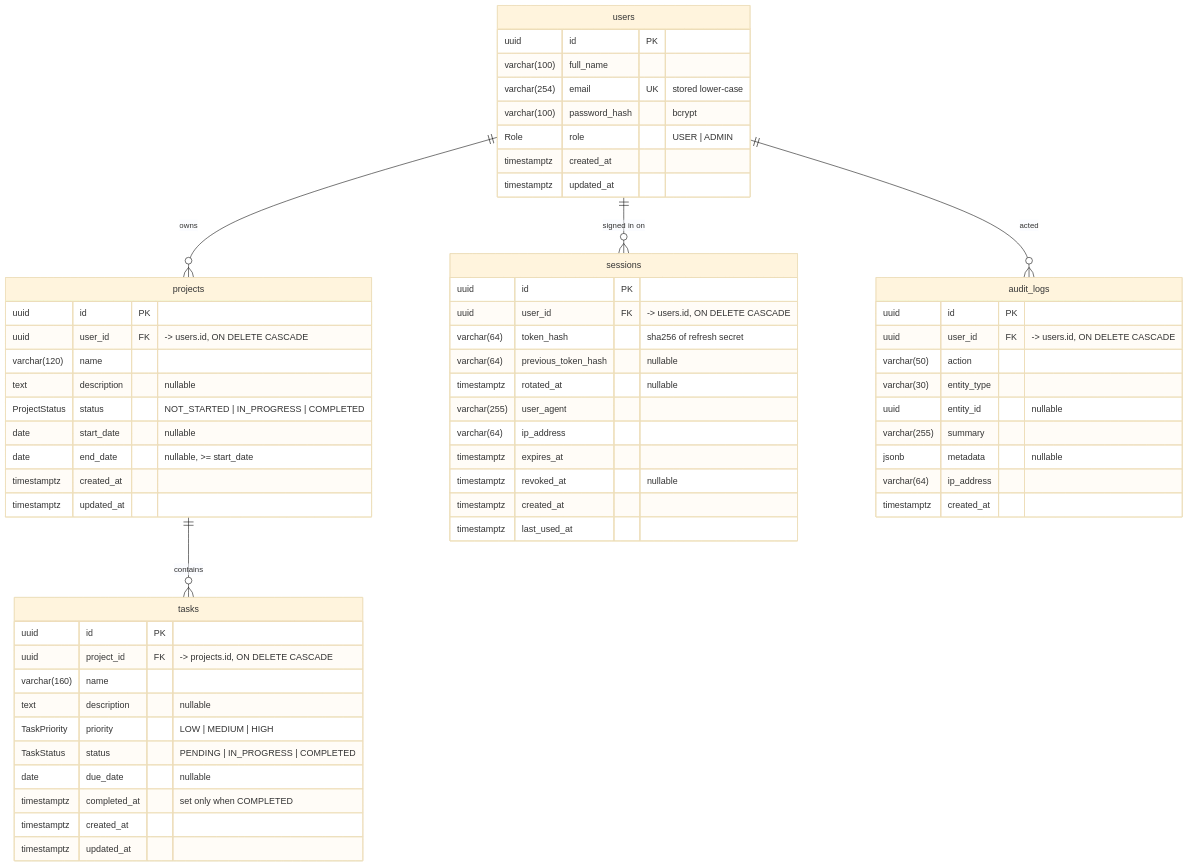
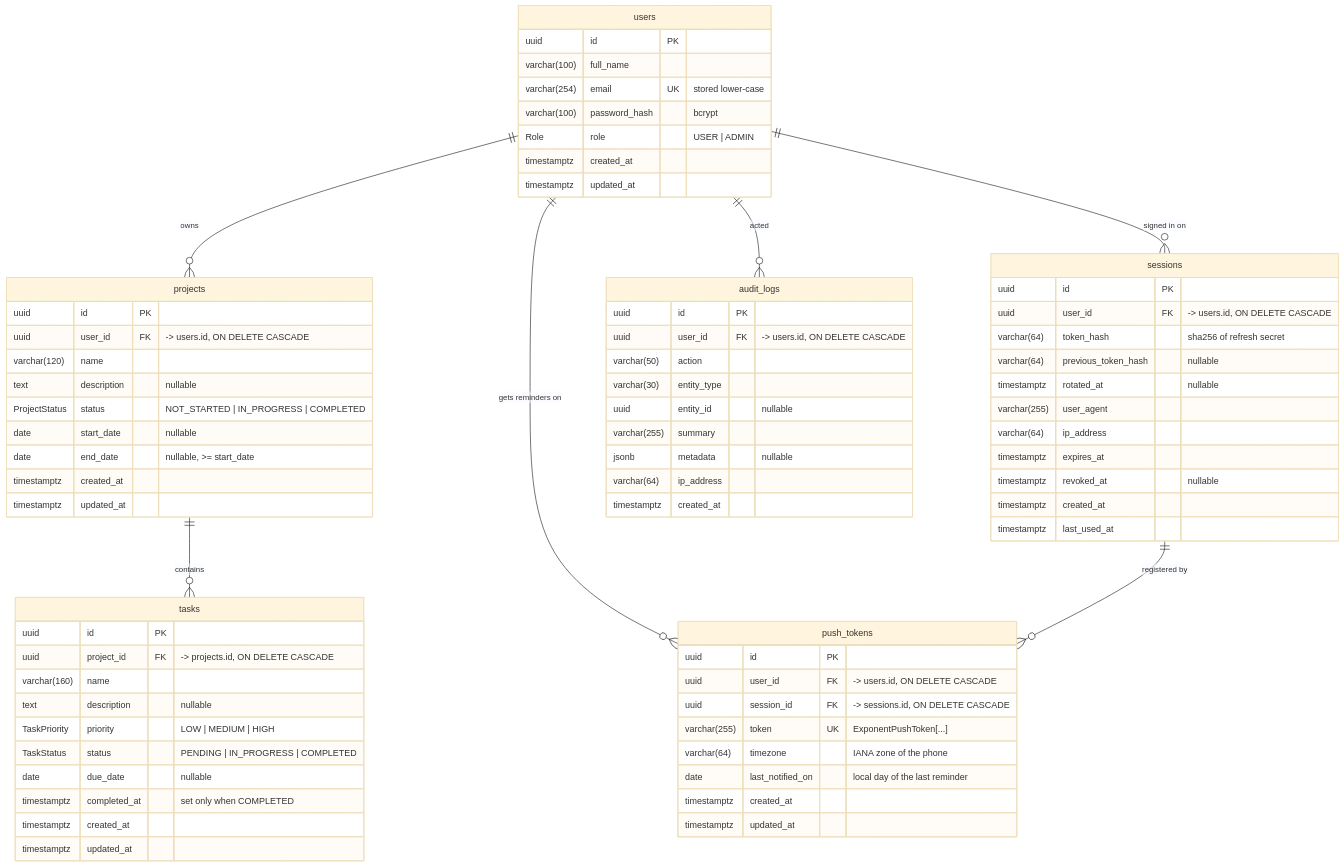
One commit to UtsavMaj/TaskLine changed the diagram in docs/DATABASE.md. Above: the diagram before and after it, drawn with Mermaid (base theme). The commit also changed other lines of this file and 49 other files, not shown here.

Commit message:
Add push reminders, Swagger docs, CD workflows, screenshots, SQL schema

````diff
--- a/docs/DATABASE.md
+++ b/docs/DATABASE.md
@@ -7,68 +9,81 @@
 ```mermaid
 erDiagram
     users ||--o{ projects : owns
     projects ||--o{ tasks : contains
     users ||--o{ sessions : "signed in on"
     users ||--o{ audit_logs : "acted"
+    users ||--o{ push_tokens : "gets reminders on"
+    sessions ||--o{ push_tokens : "registered by"
 
     users {
         uuid id PK
         varchar(100) full_name
         varchar(254) email UK "stored lower-case"
         varchar(100) password_hash "bcrypt"
         Role role "USER | ADMIN"
         timestamptz created_at
         timestamptz updated_at
     }
 
     projects {
         uuid id PK
         uuid user_id FK "-> users.id, ON DELETE CASCADE"
         varchar(120) name
         text description "nullable"
         ProjectStatus status "NOT_STARTED | IN_PROGRESS | COMPLETED"
         date start_date "nullable"
         date end_date "nullable, >= start_date"
         timestamptz created_at
         timestamptz updated_at
     }
 
     tasks {
         uuid id PK
         uuid project_id FK "-> projects.id, ON DELETE CASCADE"
         varchar(160) name
         text description "nullable"
         TaskPriority priority "LOW | MEDIUM | HIGH"
         TaskStatus status "PENDING | IN_PROGRESS | COMPLETED"
         date due_date "nullable"
         timestamptz completed_at "set only when COMPLETED"
         timestamptz created_at
         timestamptz updated_at
     }
 
     sessions {
         uuid id PK
         uuid user_id FK "-> users.id, ON DELETE CASCADE"
         varchar(64) token_hash "sha256 of refresh secret"
         varchar(64) previous_token_hash "nullable"
         timestamptz rotated_at "nullable"
         varchar(255) user_agent
         varchar(64) ip_address
         timestamptz expires_at
         timestamptz revoked_at "nullable"
         timestamptz created_at
         timestamptz last_used_at
     }
 
+    push_tokens {
+        uuid id PK
+        uuid user_id FK "-> users.id, ON DELETE CASCADE"
+        uuid session_id FK "-> sessions.id, ON DELETE CASCADE"
+        varchar(255) token UK "ExponentPushToken[...]"
+        varchar(64) timezone "IANA zone of the phone"
+        date last_notified_on "local day of the last reminder"
+        timestamptz created_at
+        timestamptz updated_at
+    }
+
     audit_logs {
         uuid id PK
         uuid user_id FK "-> users.id, ON DELETE CASCADE"
         varchar(50) action
         varchar(30) entity_type
         uuid entity_id "nullable"
         varchar(255) summary
         jsonb metadata "nullable"
         varchar(64) ip_address
         timestamptz created_at
     }
 ```
````
